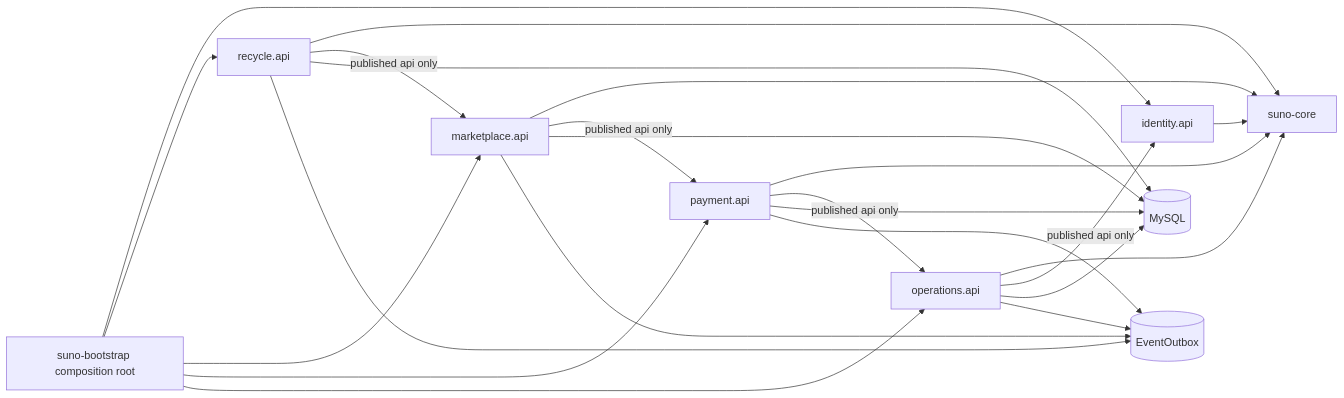
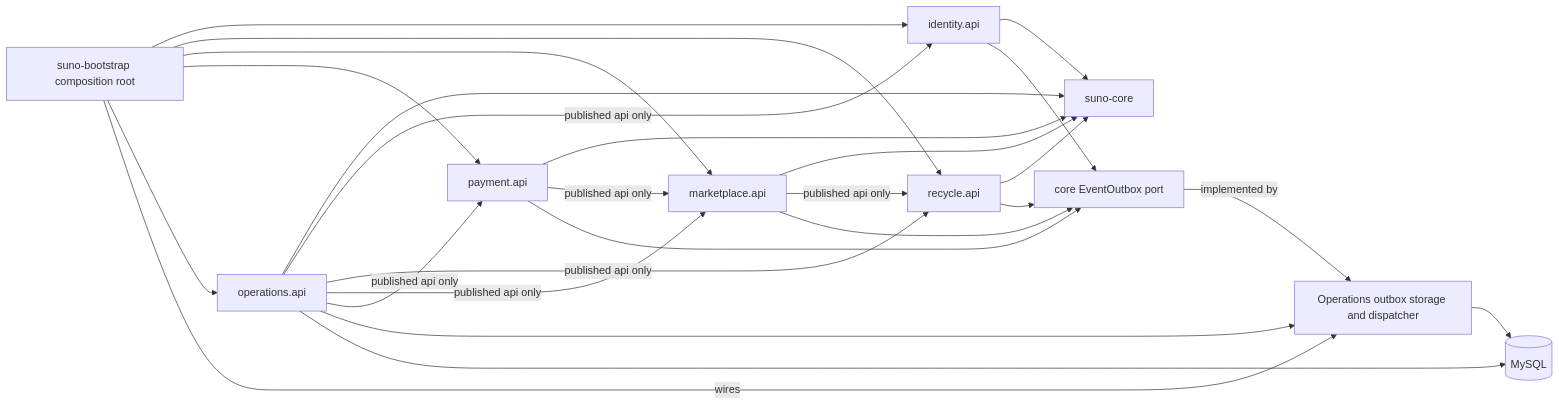
One commit to Kylinlixd/suno changed the diagram in docs/architecture/modules.md. Above: the diagram before and after it, drawn with Mermaid. The commit also changed other lines of this file and 2 other files, not shown here.

Commit message:
docs: correct architecture and operations flows

````diff
--- a/docs/architecture/modules.md
+++ b/docs/architecture/modules.md
@@ -3,25 +3,28 @@
 ```mermaid
 flowchart LR
   B["suno-bootstrap composition root"] --> I["identity.api"]
   B --> R["recycle.api"]
   B --> M["marketplace.api"]
   B --> P["payment.api"]
   B --> O["operations.api"]
   I --> C["suno-core"]
   R --> C
   M --> C
   P --> C
   O --> C
-  R -->|published api only| M
-  M -->|published api only| P
-  P -->|published api only| O
+  M -->|published api only| R
+  P -->|published api only| M
   O -->|published api only| I
-  R --> DB[(MySQL)]
-  M --> DB
-  P --> DB
+  O -->|published api only| R
+  O -->|published api only| M
+  O -->|published api only| P
+  I --> EP["core EventOutbox port"]
+  R --> EP
+  M --> EP
+  P --> EP
+  O --> ES["Operations outbox storage and dispatcher"]
+  EP -->|implemented by| ES
+  B -->|wires| ES
+  ES --> DB[(MySQL)]
   O --> DB
-  R --> OB[(EventOutbox)]
-  M --> OB
-  P --> OB
-  O --> OB
 ```
````
